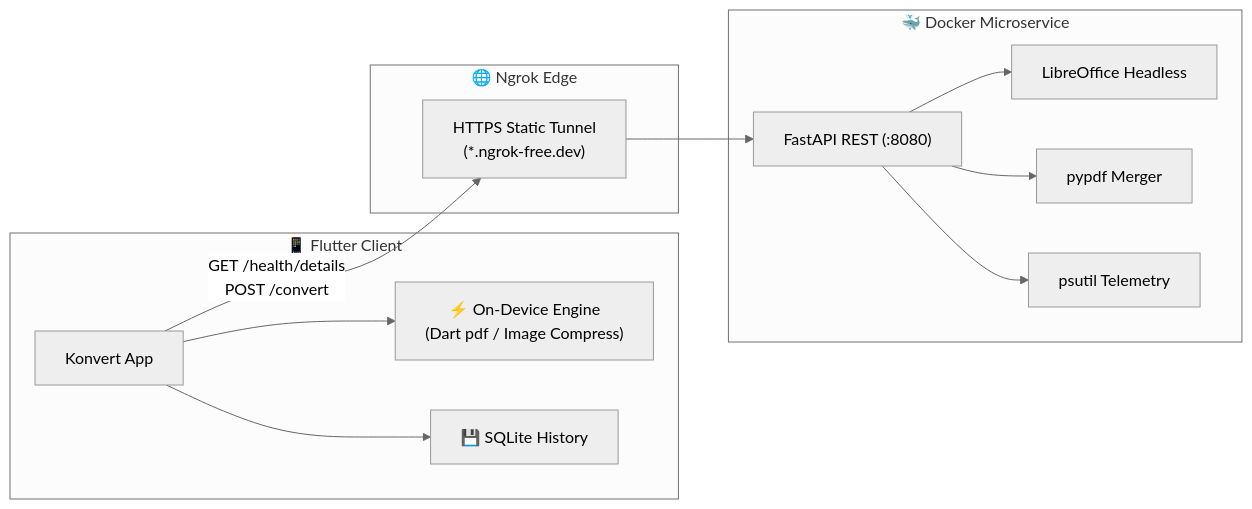
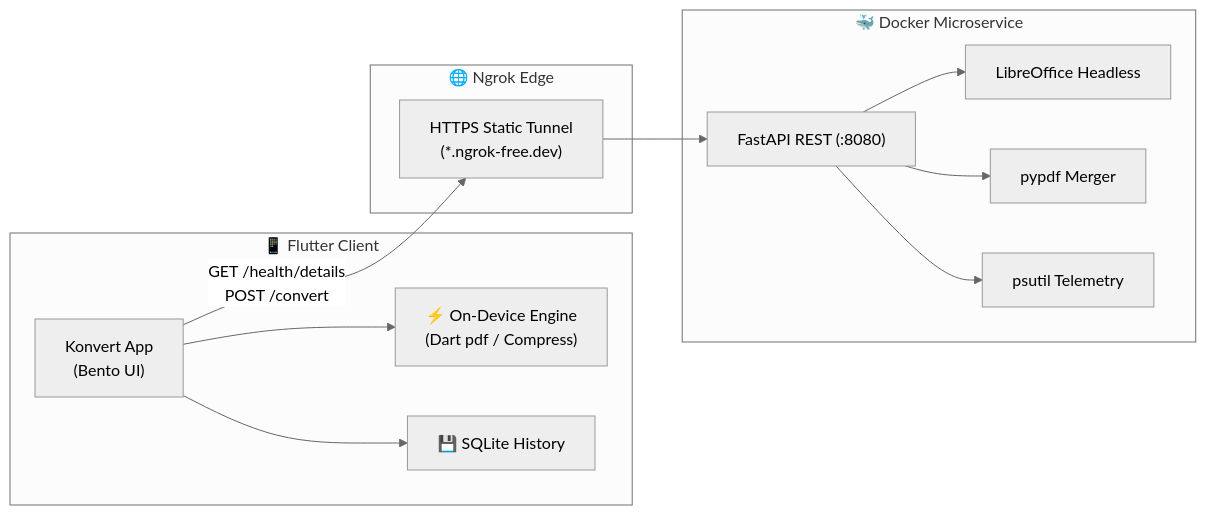
One commit to TUSHAR91316/Konvert changed the diagram in README.md. Above: the diagram before and after it, drawn with Mermaid (neutral theme). The commit also changed other lines of this file and 1 other file, not shown here.

````diff
--- a/README.md
+++ b/README.md
@@ -76,27 +81,27 @@
 ```mermaid
 graph LR
     subgraph Device["📱 Flutter Client"]
-        ClientApp["Konvert App"]
-        OfflineEngine["⚡ On-Device Engine\n(Dart pdf / Image Compress)"]
+        ClientApp["Konvert App\n(Bento UI)"]
+        OfflineEngine["⚡ On-Device Engine\n(Dart pdf / Compress)"]
         SQLiteDB["💾 SQLite History"]
     end
     
     subgraph Ingress["🌐 Ngrok Edge"]
         NgrokTunnel["HTTPS Static Tunnel\n(*.ngrok-free.dev)"]
     end
     
     subgraph SelfHosted["🐳 Docker Microservice"]
         FastAPIServer["FastAPI REST (:8080)"]
         LibreHeadless["LibreOffice Headless"]
         PyPDFMerger["pypdf Merger"]
         PsutilMonitor["psutil Telemetry"]
     end
 
     ClientApp --> OfflineEngine
     ClientApp --> SQLiteDB
     ClientApp -- "GET /health/details\nPOST /convert" --> NgrokTunnel
     NgrokTunnel --> FastAPIServer
     FastAPIServer --> LibreHeadless
     FastAPIServer --> PyPDFMerger
     FastAPIServer --> PsutilMonitor
 ```
````
